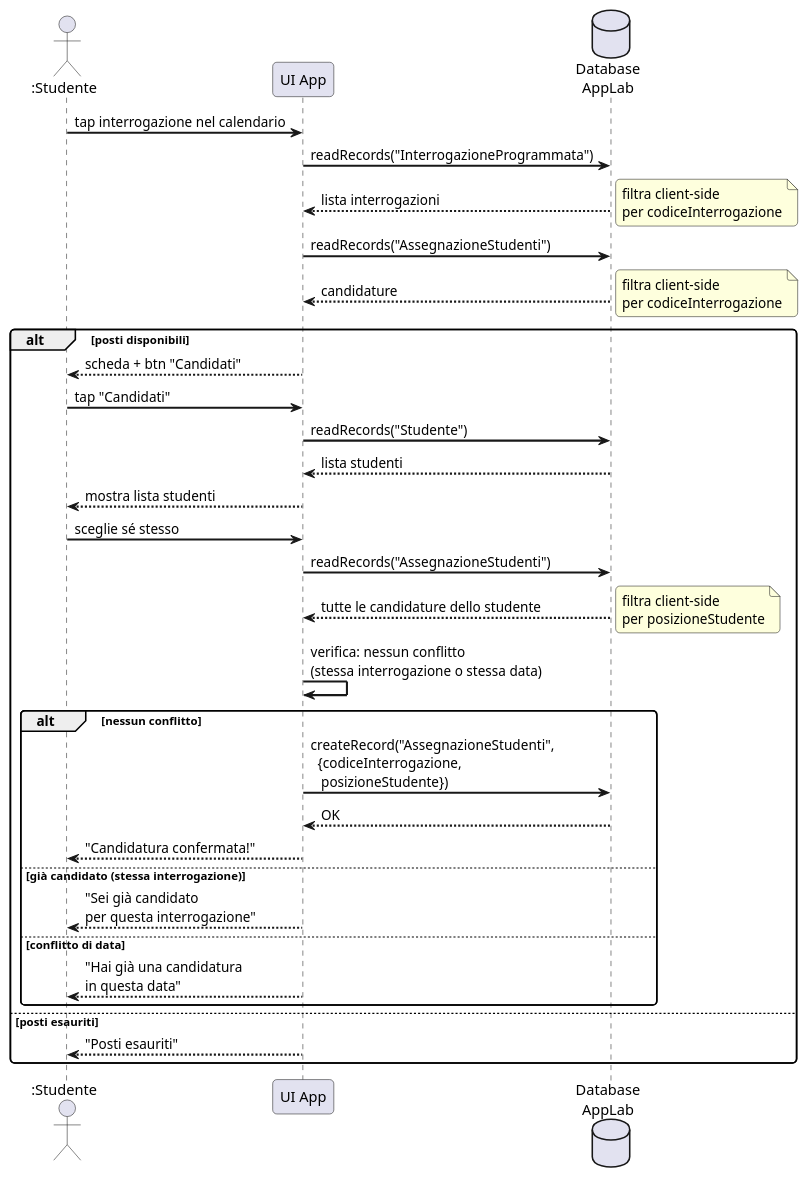
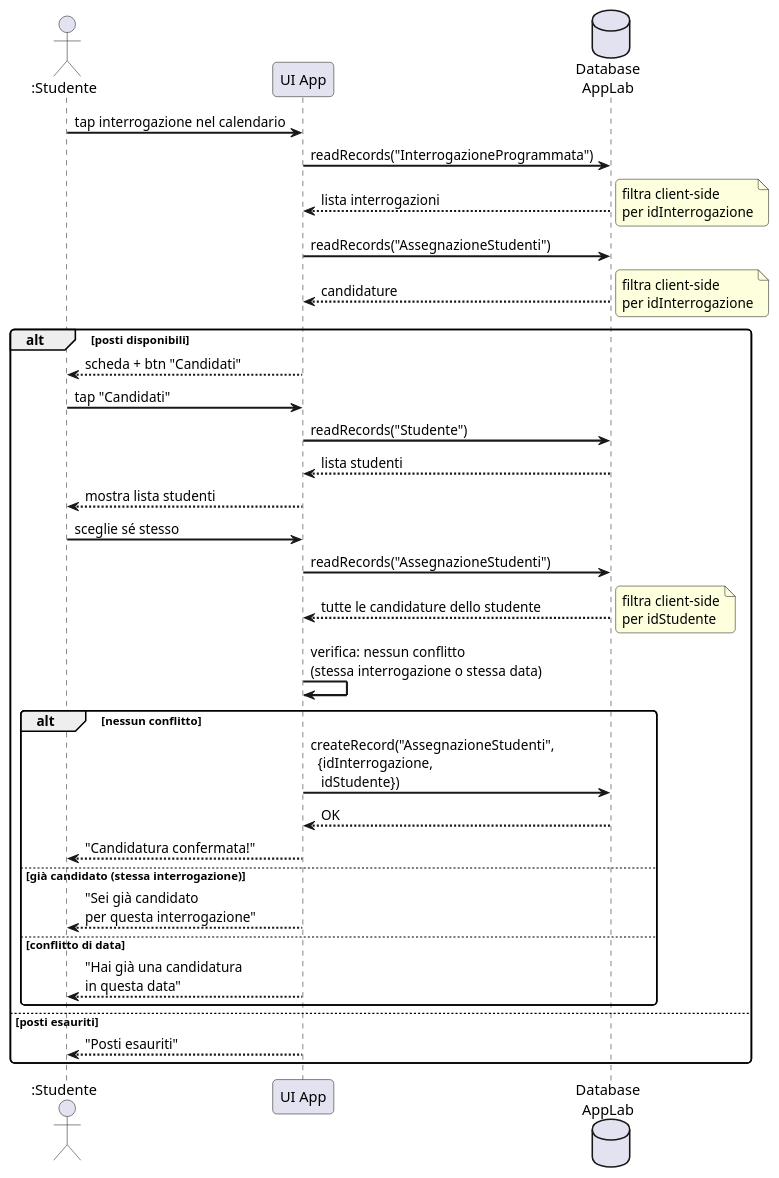
One commit to gionatamassibenincasa/study-together changed the fourth of 8 diagrams in srs.adoc. Above: the diagram before and after it, drawn with PlantUML. The commit also changed other lines of this file and 11 other files, not shown here.

Commit message:
Align schema to auto-generated IDs

```diff
--- a/srs.adoc
+++ b/srs.adoc
@@ -635,46 +666,46 @@
 [plantuml, sd-candidatura, svg]
 ....
 @startuml
 skinparam sequenceArrowThickness 2
 skinparam roundcorner 8
 
 actor ":Studente" as S
 participant "UI App" as UI
 database "Database\nAppLab" as DB
 
 S -> UI : tap interrogazione nel calendario
 UI -> DB : readRecords("InterrogazioneProgrammata")
 DB --> UI : lista interrogazioni
-note right: filtra client-side\nper codiceInterrogazione
+note right: filtra client-side\nper idInterrogazione
 
 UI -> DB : readRecords("AssegnazioneStudenti")
 DB --> UI : candidature
-note right: filtra client-side\nper codiceInterrogazione
+note right: filtra client-side\nper idInterrogazione
 
 alt posti disponibili
   UI --> S : scheda + btn "Candidati"
   S -> UI : tap "Candidati"
   UI -> DB : readRecords("Studente")
   DB --> UI : lista studenti
   UI --> S : mostra lista studenti
 
   S -> UI : sceglie sé stesso
   UI -> DB : readRecords("AssegnazioneStudenti")
   DB --> UI : tutte le candidature dello studente
-  note right: filtra client-side\nper posizioneStudente
+  note right: filtra client-side\nper idStudente
   UI -> UI : verifica: nessun conflitto\n(stessa interrogazione o stessa data)
 
   alt nessun conflitto
-    UI -> DB : createRecord("AssegnazioneStudenti",\n  {codiceInterrogazione,\n   posizioneStudente})
+    UI -> DB : createRecord("AssegnazioneStudenti",\n  {idInterrogazione,\n   idStudente})
     DB --> UI : OK
     UI --> S : "Candidatura confermata!"
   else già candidato (stessa interrogazione)
     UI --> S : "Sei già candidato\nper questa interrogazione"
   else conflitto di data
     UI --> S : "Hai già una candidatura\nin questa data"
   end
 else posti esauriti
   UI --> S : "Posti esauriti"
 end
 @enduml
 ....
```
